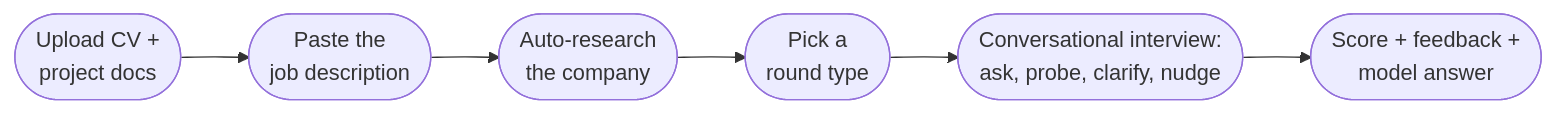
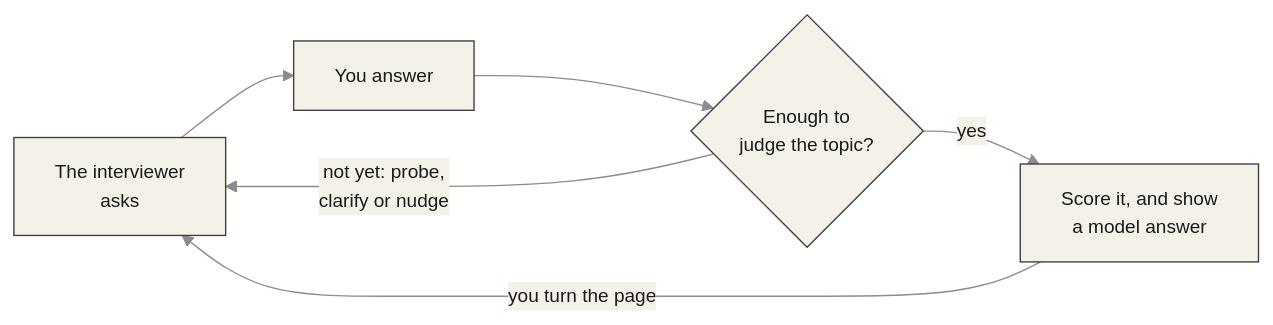
One commit to Jakhmola/interview-coach changed the first of 2 diagrams in README.md. Above: the diagram before and after it, drawn with Mermaid. The commit also changed other lines of this file and 11 other files, not shown here.

````diff
--- a/README.md
+++ b/README.md
@@ -17,8 +47,9 @@
 ```mermaid
+%%{init: {"theme":"base","themeVariables":{"primaryColor":"#F4F1E8","primaryTextColor":"#1B1B1B","primaryBorderColor":"#3C3C3C","lineColor":"#8C8C8C","secondaryColor":"#EDE9DC","tertiaryColor":"#FBFAF6","edgeLabelBackground":"#F4F1E8","fontSize":"14px"}}}%%
 flowchart LR
-    A(["Upload CV +<br/>project docs"]) --> B(["Paste the<br/>job description"])
-    B --> C(["Auto-research<br/>the company"])
-    C --> D(["Pick a<br/>round type"])
-    D --> E(["Conversational interview:<br/>ask, probe, clarify, nudge"])
-    E --> F(["Score + feedback +<br/>model answer"])
+    Q["The interviewer<br/>asks"] --> A["You answer"]
+    A --> D{"Enough to<br/>judge the topic?"}
+    D -- "not yet: probe,<br/>clarify or nudge" --> Q
+    D -- "yes" --> S["Score it, and show<br/>a model answer"]
+    S -- "you turn the page" --> Q
 ```
````
